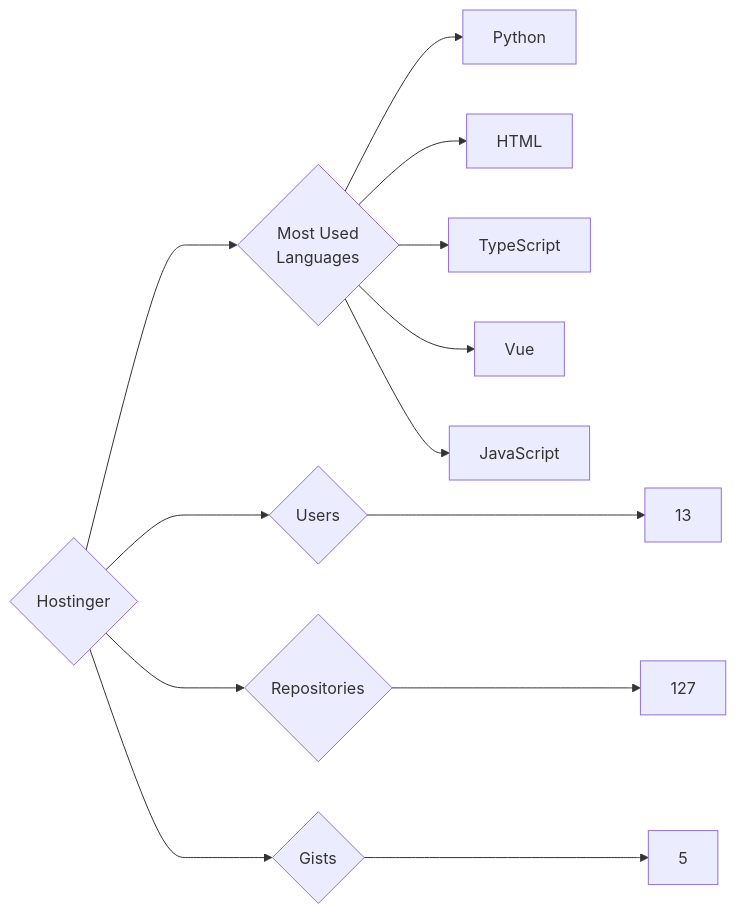
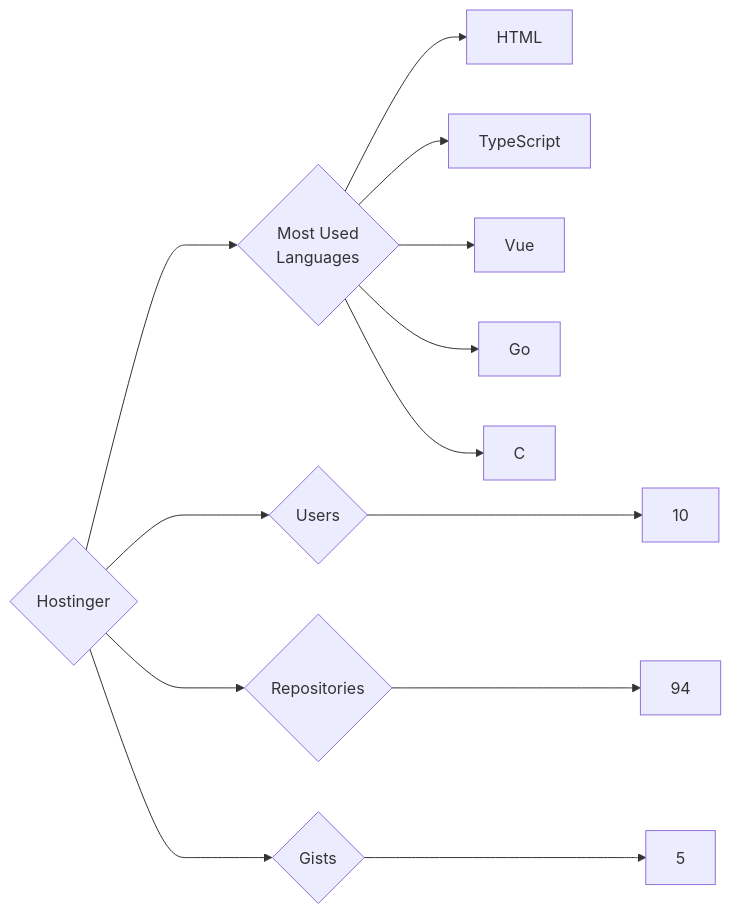
Before and after one commit to trickest/insiders: the diagram in targets/Hostinger/README.md, drawn with Mermaid. The commit also changed 1195 other files, not shown here.

````diff
--- a/targets/Hostinger/README.md
+++ b/targets/Hostinger/README.md
@@ -3,13 +3,13 @@
 ```mermaid
 graph LR
 COMPANY_NAME{Hostinger}
-COMPANY_NAME ---> U{Users} ---> UN[13]
-COMPANY_NAME ---> R{Repositories} ---> RN[127]
+COMPANY_NAME ---> U{Users} ---> UN[10]
+COMPANY_NAME ---> R{Repositories} ---> RN[94]
 COMPANY_NAME ---> G{Gists} ---> GN[5]
 COMPANY_NAME ---> ML{Most Used<br>Languages}
-ML --> Python[Python]
 ML --> HTML[HTML]
 ML --> TypeScript[TypeScript]
 ML --> Vue[Vue]
-ML --> JavaScript[JavaScript]
+ML --> Go[Go]
+ML --> C[C]
 ```
````
